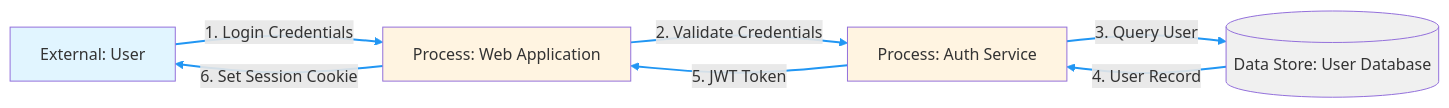
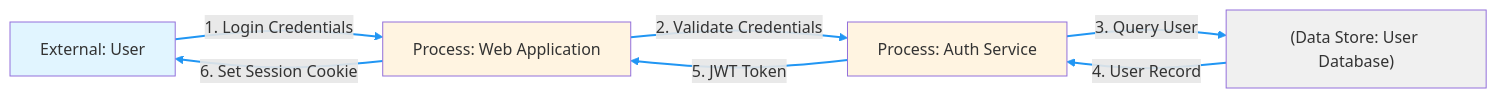
The diagram in .github/skills/threat-modeling.md (Hack23/cia-compliance-manager), drawn with Mermaid before and after one commit. The commit also changed 23 other files, not shown here.

First line of the commit message:
docs(mermaid): quote flowchart/graph labels containing emoji or special chars

````diff
--- a/.github/skills/threat-modeling.md
+++ b/.github/skills/threat-modeling.md
@@ -151,16 +151,16 @@
 ```mermaid
 graph LR
     User[External: User] -->|1. Login Credentials| WebApp[Process: Web Application]
     WebApp -->|2. Validate Credentials| AuthService[Process: Auth Service]
-    AuthService -->|3. Query User| UserDB[(Data Store: User Database)]
+    AuthService -->|3. Query User| UserDB["(Data Store: User Database)"]
     UserDB -->|4. User Record| AuthService
     AuthService -->|5. JWT Token| WebApp
     WebApp -->|6. Set Session Cookie| User
     
     style User fill:#e1f5ff
     style WebApp fill:#fff4e1
     style AuthService fill:#fff4e1
     style UserDB fill:#f0f0f0
     
     linkStyle 0,1,2,3,4,5 stroke:#2196F3,stroke-width:2px
 ```
````
